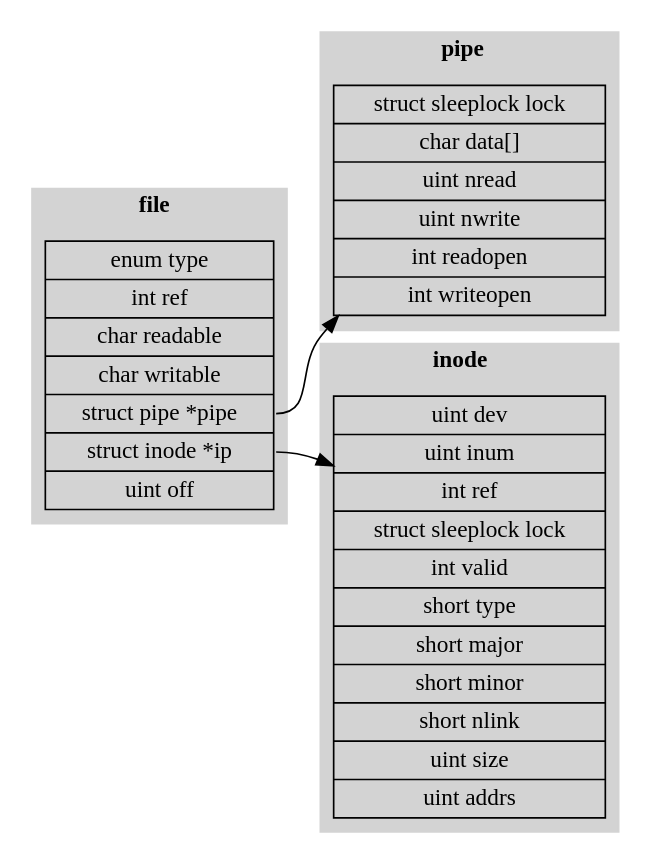
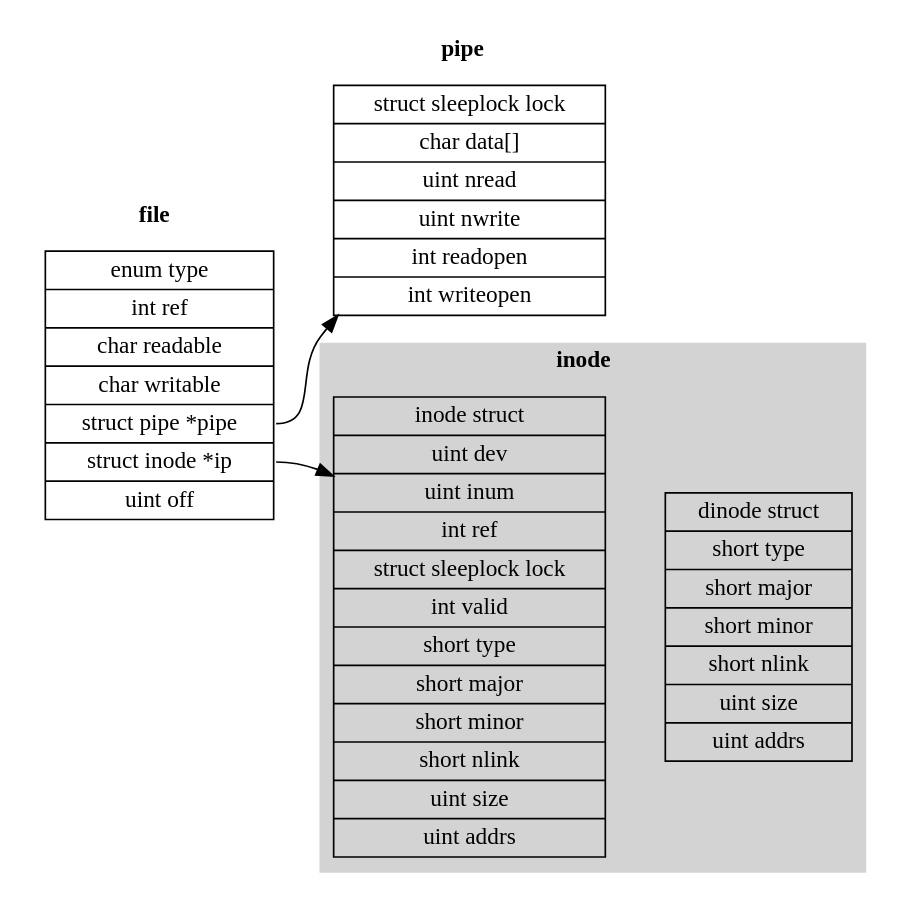
One commit to Jeanhwea/xv6-course changed the diagram in img/file-struct.dot. Above: the diagram before and after it, drawn with Graphviz. The commit also changed 1 other file, not shown here.

```diff
--- a/img/file-struct.dot
+++ b/img/file-struct.dot
@@ -1,21 +1,22 @@
 digraph file_struct {
   rankdir=LR;
   node [shape=record];
 
   subgraph cluster_file {
-    label=<<b>file</b>>; style=filled; color=lightgray;
+    label=<<b>file</b>>; style=filled; color=white;
     file [label="enum type|int ref|char readable|char writable|<p>struct pipe *pipe|<i>struct inode *ip|uint off"];
   }
   subgraph cluster_pipe {
-    label =<<b>pipe</b>>; style=filled; color=lightgray;
+    label =<<b>pipe</b>>; style=filled; color=white;
     pipe [label="struct sleeplock lock|char data[]|uint nread|uint nwrite|int readopen|int writeopen"];
   }
   subgraph cluster_inode {
     label =<<b>inode</b>>; style=filled; color=lightgray;
-    inode [label="uint dev|uint inum|int ref|struct sleeplock lock|int valid|short type|short major|short minor|short nlink|uint size|uint addrs"];
+    inode [label="inode struct|uint dev|uint inum|int ref|struct sleeplock lock|int valid|short type|short major|short minor|short nlink|uint size|uint addrs"];
+    dinode [label="dinode struct|short type|short major|short minor|short nlink|uint size|uint addrs"];
+    inode -> dinode [style=invis];
   }
 
   file:p -> pipe;
   file:i -> inode;
-
 }
```
